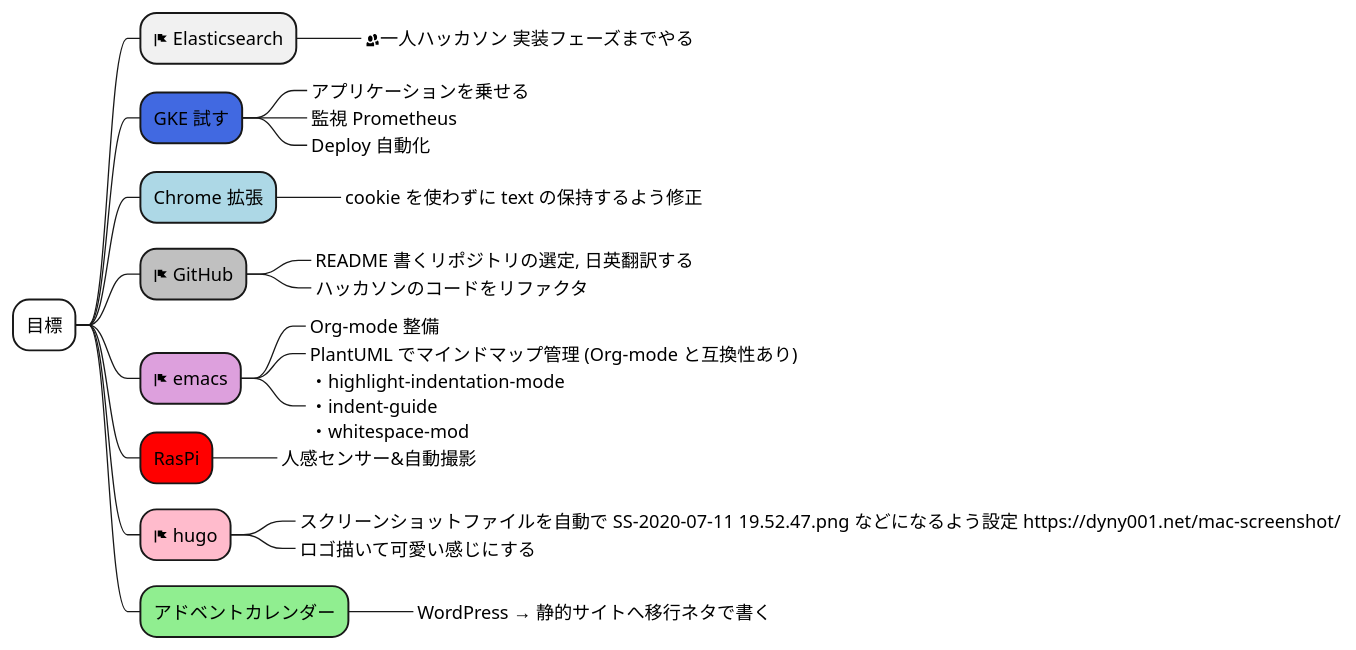
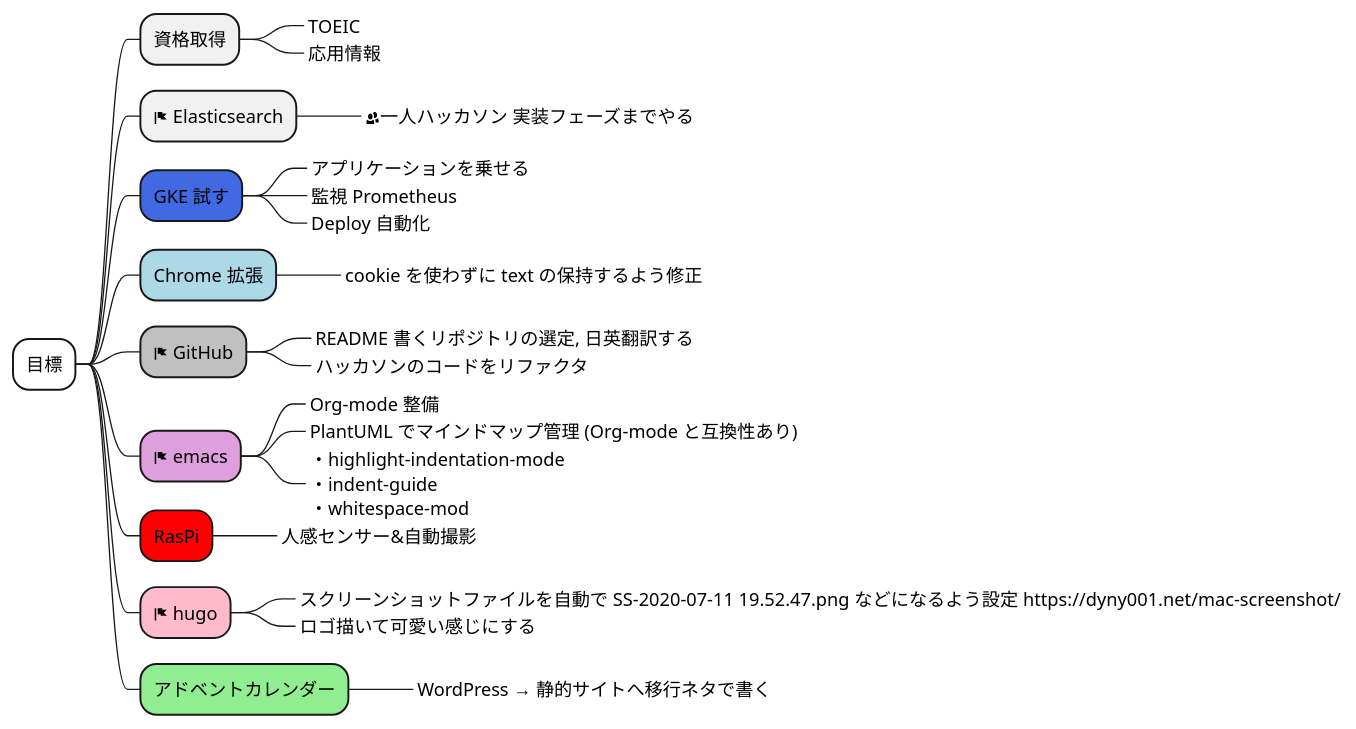
The diagram in test.puml (Ishizuka427/MindMap), drawn with PlantUML before and after one commit.

```diff
--- a/test.puml
+++ b/test.puml
@@ -1,25 +1,28 @@
 @startmindmap
 *[#white] 目標
+** 資格取得
+***_ TOEIC
+***_ 応用情報
 ** <&flag> Elasticsearch
 ***_ <&people>一人ハッカソン 実装フェーズまでやる
 **[#royalblue] GKE 試す
 ***_ アプリケーションを乗せる
 ***_ 監視 Prometheus
 ***_ Deploy 自動化 
 **[#lightblue] Chrome 拡張
 ***_ cookie を使わずに text の保持するよう修正
 **[#silver] <&flag> GitHub
 ***_ README 書くリポジトリの選定, 日英翻訳する
 ***_ ハッカソンのコードをリファクタ
 **[#plum] <&flag> emacs
 ***_ Org-mode 整備
 ***_ PlantUML でマインドマップ管理 (Org-mode と互換性あり)
 ***_ ・highlight-indentation-mode \n・indent-guide \n・whitespace-mod
 **[#red] RasPi
 ***_ 人感センサー&自動撮影
 **[#FFBBCC] <&flag> hugo
 ***_ スクリーンショットファイルを自動で SS-2020-07-11 19.52.47.png などになるよう設定 https://dyny001.net/mac-screenshot/
 ***_ ロゴ描いて可愛い感じにする
 **[#lightgreen] アドベントカレンダー
 ***_ WordPress → 静的サイトへ移行ネタで書く
 @endmindmap
```
